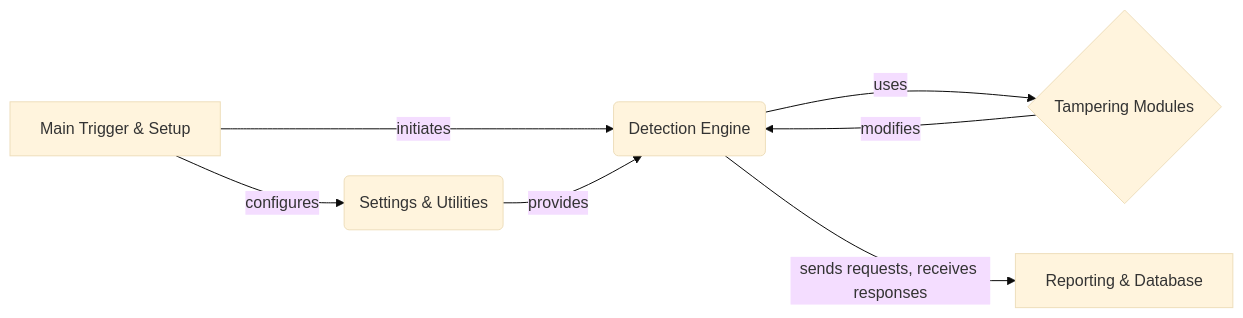
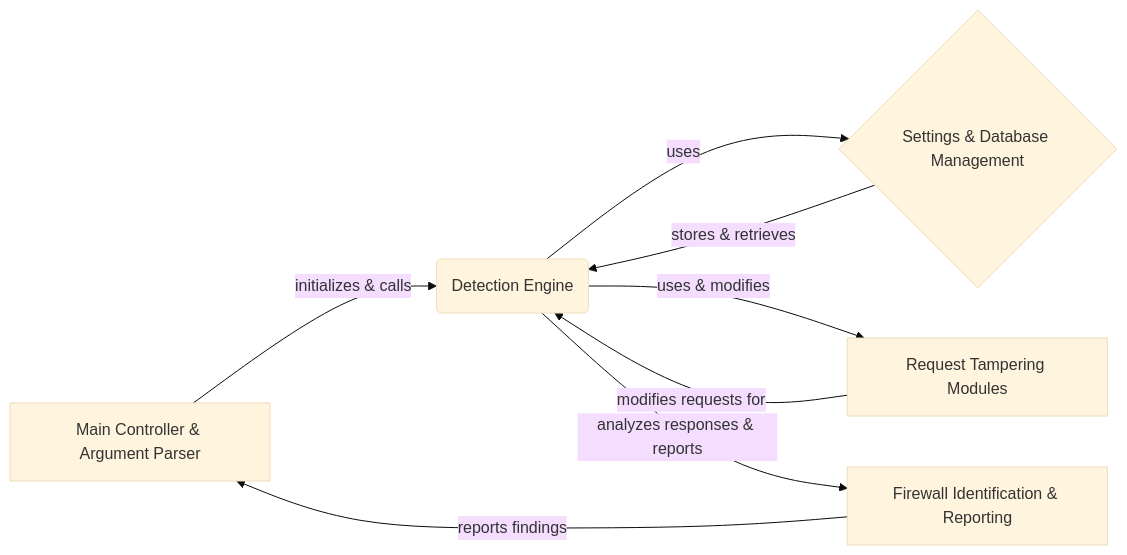
One commit to CodeBoarding/GeneratedOnBoardings changed the diagram in WhatWaf/on_boarding.md. Above: the diagram before and after it, drawn with Mermaid (base theme). The commit also changed other lines of this file and 5 other files, not shown here.

````diff
--- a/WhatWaf/on_boarding.md
+++ b/WhatWaf/on_boarding.md
@@ -5,11 +5,12 @@
 ```mermaid
 graph LR
-    A[Main Trigger & Setup] -- configures --> B(Settings & Utilities)
-    A -- initiates --> C(Detection Engine)
-    B -- provides --> C
-    C -- uses --> D{Tampering Modules}
-    C -- sends requests, receives responses --> E[Reporting & Database]
-    D -- modifies --> C
+    A[Main Controller & Argument Parser] -- initializes & calls --> B(Detection Engine)
+    B -- uses --> C{Settings & Database Management}
+    B -- uses & modifies --> E[Request Tampering Modules]
+    B -- analyzes responses & reports --> D[Firewall Identification & Reporting]
+    C -- stores & retrieves --> B
+    E -- modifies requests for --> B
+    D -- reports findings --> A
 
 
 ```
````
